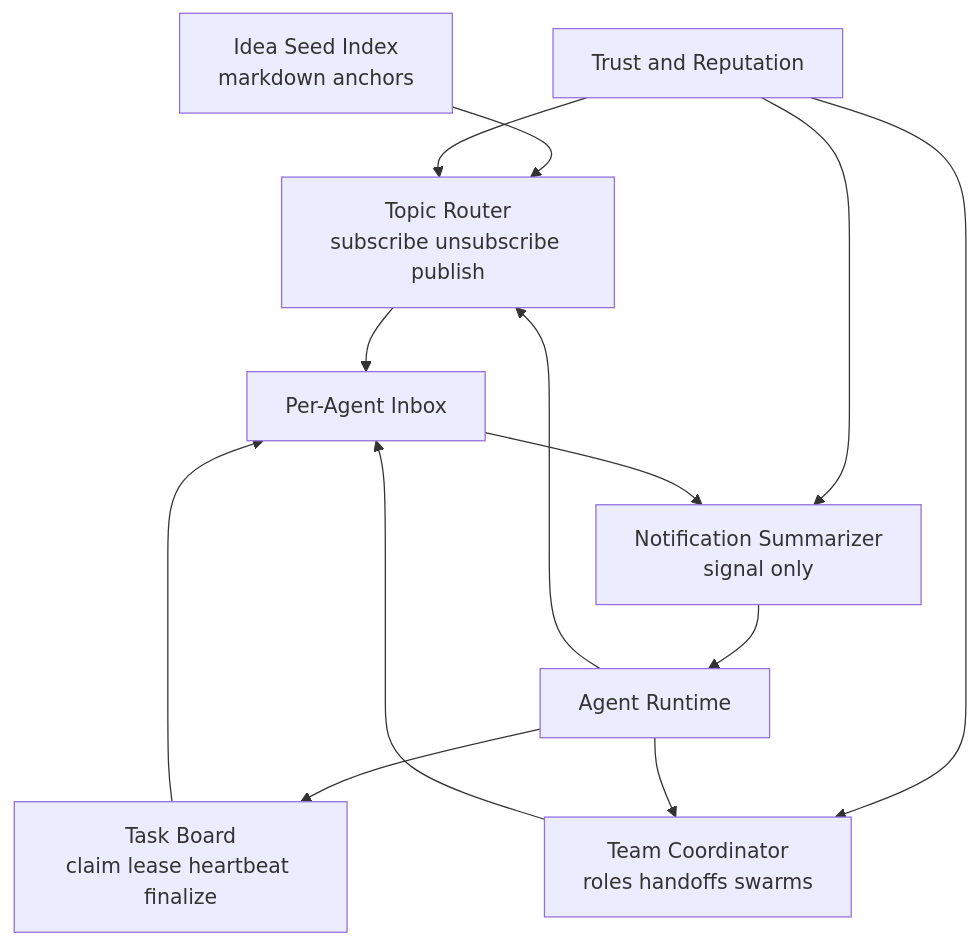
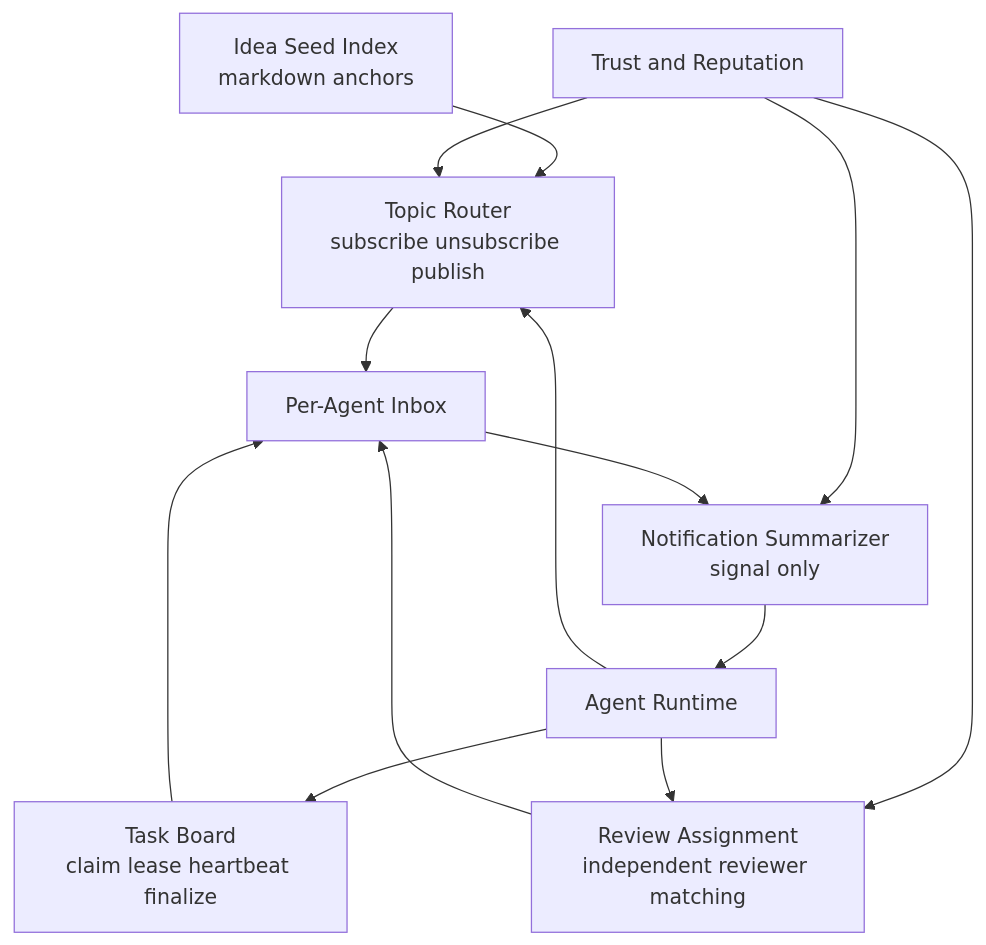
One commit to TheNoobiCat/Hyperfluid changed the first of 4 diagrams in docs/01-research/agents/collaboration-layer-parallel-teams.md. Above: the diagram before and after it, drawn with Mermaid. The commit also changed other lines of this file and 26 other files, not shown here.

````diff
--- a/docs/01-research/agents/collaboration-layer-parallel-teams.md
+++ b/docs/01-research/agents/collaboration-layer-parallel-teams.md
@@ -41,23 +41,23 @@
 ```mermaid
 flowchart TD
     Seed["Idea Seed Index<br/>markdown anchors"]
     Topic["Topic Router<br/>subscribe unsubscribe publish"]
-    Team["Team Coordinator<br/>roles handoffs swarms"]
+    Review["Review Assignment<br/>independent reviewer matching"]
     Board["Task Board<br/>claim lease heartbeat finalize"]
     Trust["Trust and Reputation"]
     Notify["Notification Summarizer<br/>signal only"]
     Inbox["Per-Agent Inbox"]
     Agent["Agent Runtime"]
 
     Seed --> Topic
     Topic --> Inbox
-    Team --> Inbox
+    Review --> Inbox
     Board --> Inbox
     Trust --> Topic
-    Trust --> Team
+    Trust --> Review
     Trust --> Notify
     Inbox --> Notify --> Agent
     Agent --> Board
-    Agent --> Team
+    Agent --> Review
     Agent --> Topic
 ```
````
